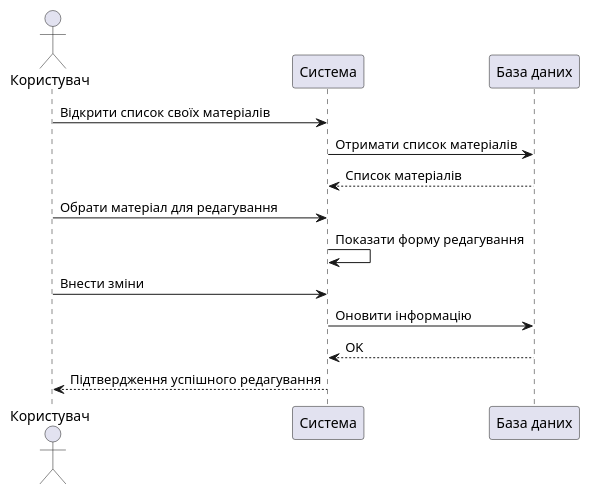
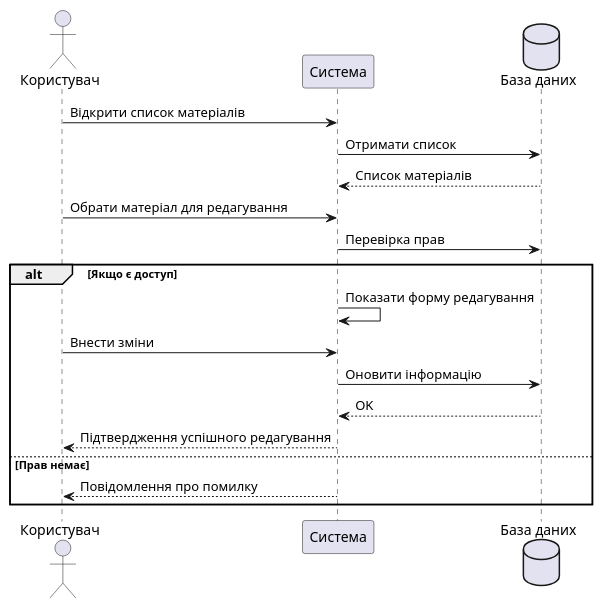
Diagram 12 of 13 in docs/use cases/README.md (qweitqx/BD-lab66), drawn with PlantUML before and after one commit. The commit also changed other lines of this file, not shown here.

```diff
--- a/docs/use cases/README.md
+++ b/docs/use cases/README.md
@@ -477,15 +478,20 @@
 @startuml
 actor Користувач
 participant "Система" as System
-participant "База даних" as DB
+database "База даних" as DB
 
-Користувач -> System : Відкрити список своїх матеріалів
-System -> DB : Отримати список матеріалів
+Користувач -> System : Відкрити список матеріалів
+System -> DB : Отримати список
 DB --> System : Список матеріалів
 Користувач -> System : Обрати матеріал для редагування
-System -> System : Показати форму редагування
-Користувач -> System : Внести зміни
-System -> DB : Оновити інформацію
-DB --> System : OK
-System --> Користувач : Підтвердження успішного редагування
+System -> DB : Перевірка прав
+alt Якщо є доступ
+    System -> System : Показати форму редагування
+    Користувач -> System: Внести зміни
+    System -> DB : Оновити інформацію
+    DB --> System : OK
+    System --> Користувач : Підтвердження успішного редагування
+else Прав немає
+    System --> Користувач : Повідомлення про помилку
+end
 @enduml
```
